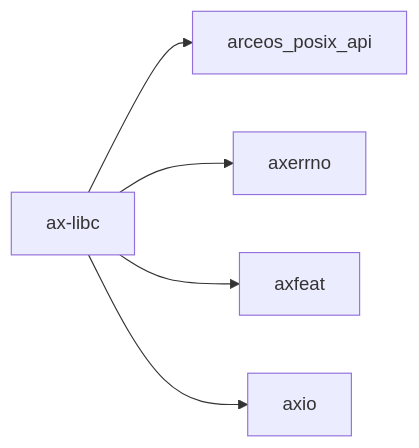
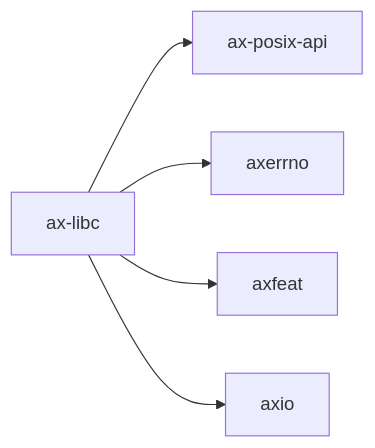
The diagram in docs/crates/ax-libc.md (zKurisu/tgoskits), drawn with Mermaid before and after one commit. The commit also changed other lines of this file and 39 other files, not shown here.

Commit message:
rename arceos_posix_api to ax-posix-api

````diff
--- a/docs/crates/ax-libc.md
+++ b/docs/crates/ax-libc.md
@@ -38,8 +38,8 @@
 ```mermaid
 graph LR
     current["ax-libc"]
-    current --> arceos_posix_api["arceos_posix_api"]
+    current --> ax-posix-api["ax-posix-api"]
     current --> axerrno["axerrno"]
     current --> axfeat["axfeat"]
     current --> axio["axio"]
 ```
````
